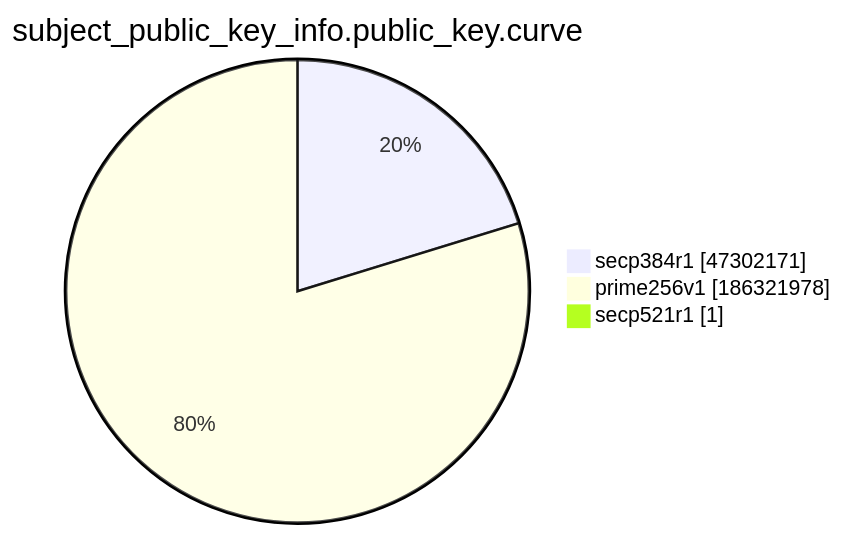
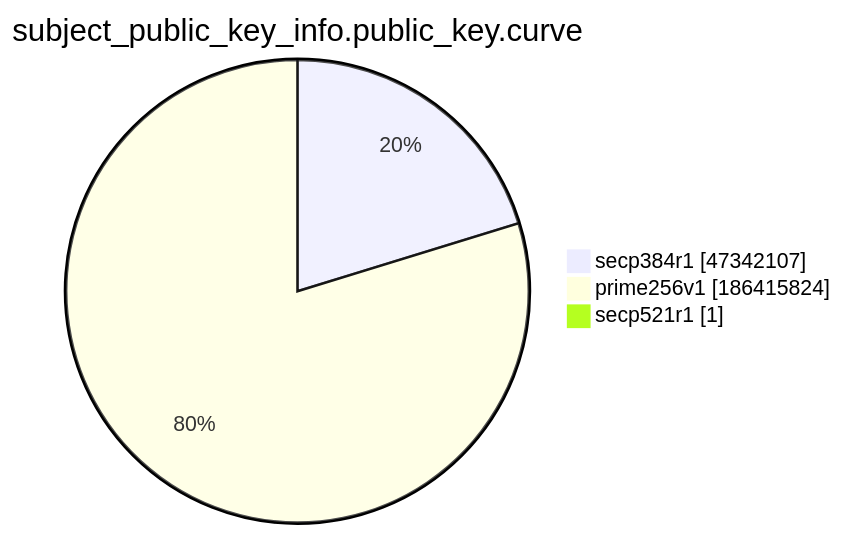
Before and after one commit to christiankrug/ctmonitor_visualization: the ninth of 15 diagrams in xenon2022/README.md, drawn with Mermaid. The commit also changed other lines of this file, not shown here.

````diff
--- a/xenon2022/README.md
+++ b/xenon2022/README.md
@@ -2874,7 +2874,7 @@
 ```mermaid
 pie showData
 title subject_public_key_info.public_key.curve
-"secp384r1" :47302171
-"prime256v1" :186321978
+"secp384r1" :47342107
+"prime256v1" :186415824
 "secp521r1" :1
 ```
````
